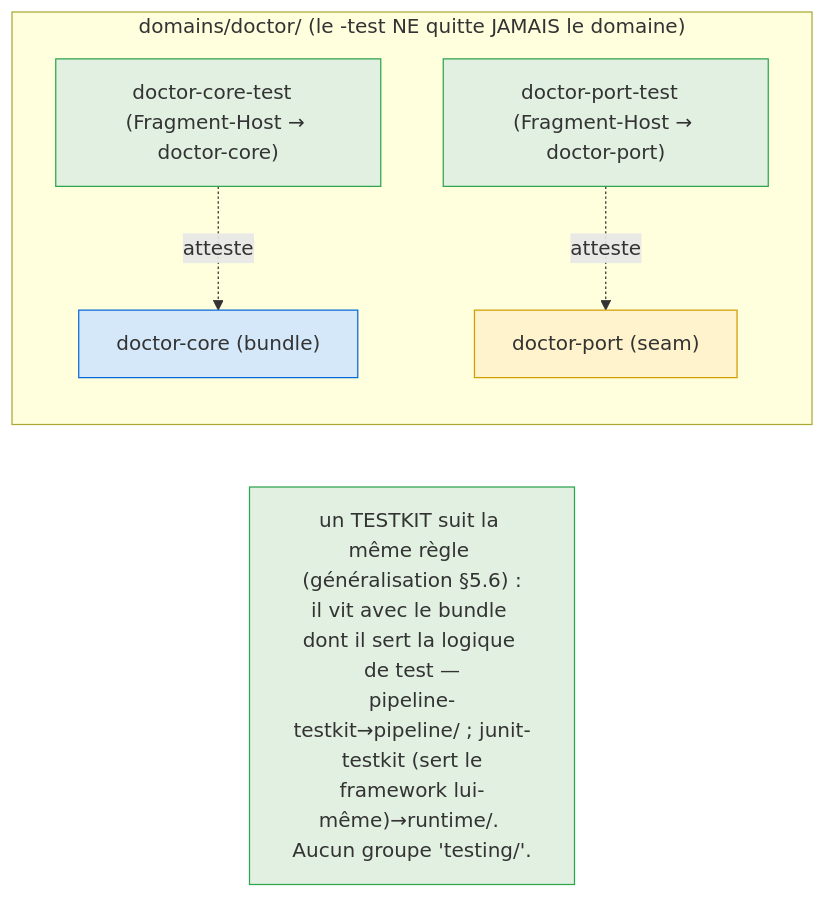
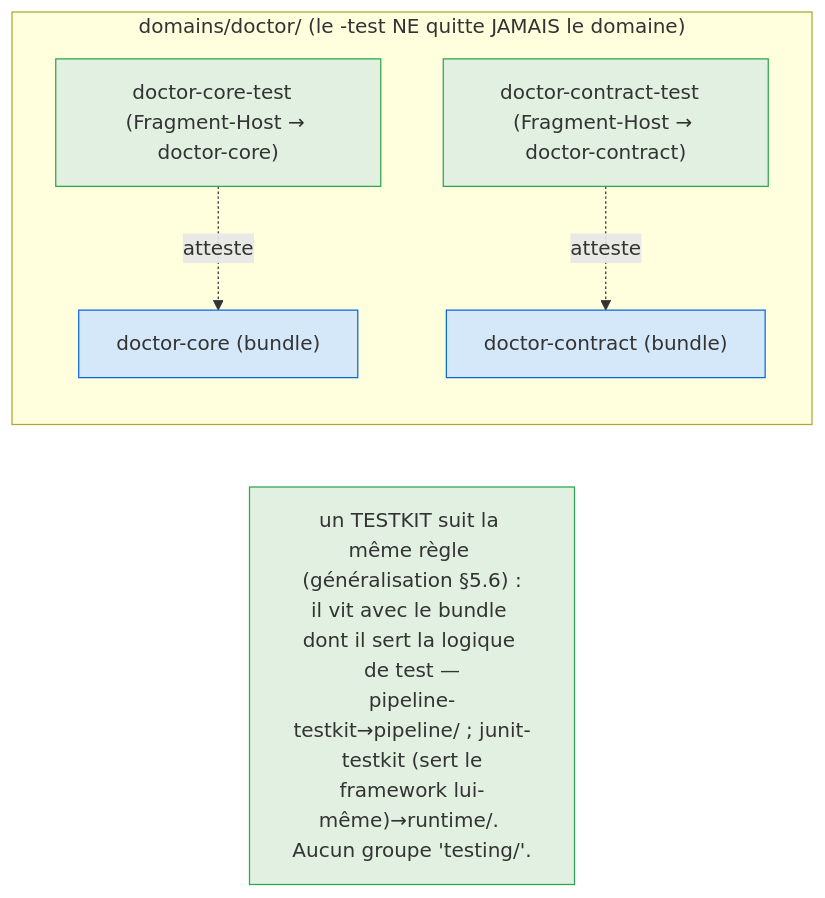
The fourth of 10 diagrams in docs/architecture/osgi/osgi-aggregator-layout-spec.adoc (nxmatic/rke2lab), drawn with Mermaid before and after one commit. The commit also changed other lines of this file and 25 other files, not shown here.

```diff
--- a/docs/architecture/osgi/osgi-aggregator-layout-spec.adoc
+++ b/docs/architecture/osgi/osgi-aggregator-layout-spec.adoc
@@ -270,18 +270,18 @@
 [mermaid]
 ....
 flowchart LR
   subgraph dom["domains/doctor/  (le -test NE quitte JAMAIS le domaine)"]
     direction TB
     core["doctor-core  (bundle)"]:::domain
     coretest["doctor-core-test  (Fragment-Host → doctor-core)"]:::test
-    port["doctor-port  (seam)"]:::seam
-    porttest["doctor-port-test  (Fragment-Host → doctor-port)"]:::test
+    contract["doctor-contract  (bundle)"]:::domain
+    contracttest["doctor-contract-test  (Fragment-Host → doctor-contract)"]:::test
     coretest -. atteste .-> core
-    porttest -. atteste .-> port
+    contracttest -. atteste .-> contract
   end
   tk["un TESTKIT suit la même règle (généralisation §5.6) :\nil vit avec le bundle dont il sert la logique de test —\npipeline-testkit→pipeline/ ; junit-testkit (sert le\nframework lui-même)→runtime/. Aucun groupe 'testing/'."]:::test
 
   classDef domain fill:#d5e8f9,stroke:#0969da;
   classDef seam fill:#fff3cd,stroke:#d39e00;
   classDef test fill:#e2f0e2,stroke:#2da44e;
 ....
```
